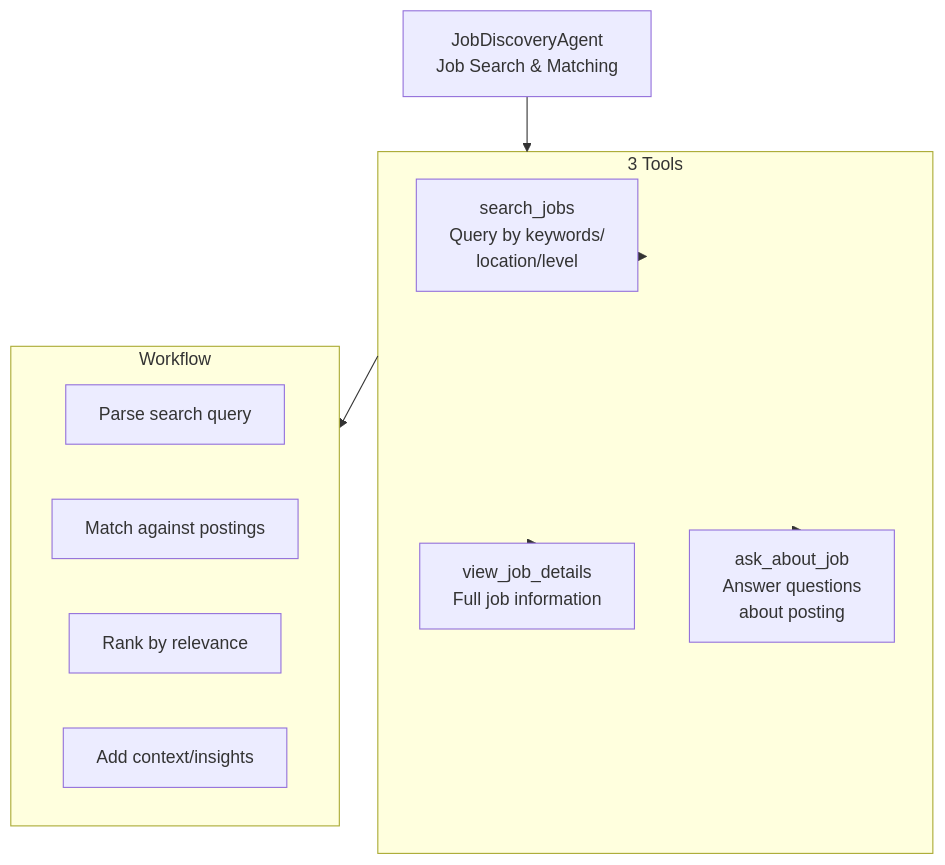
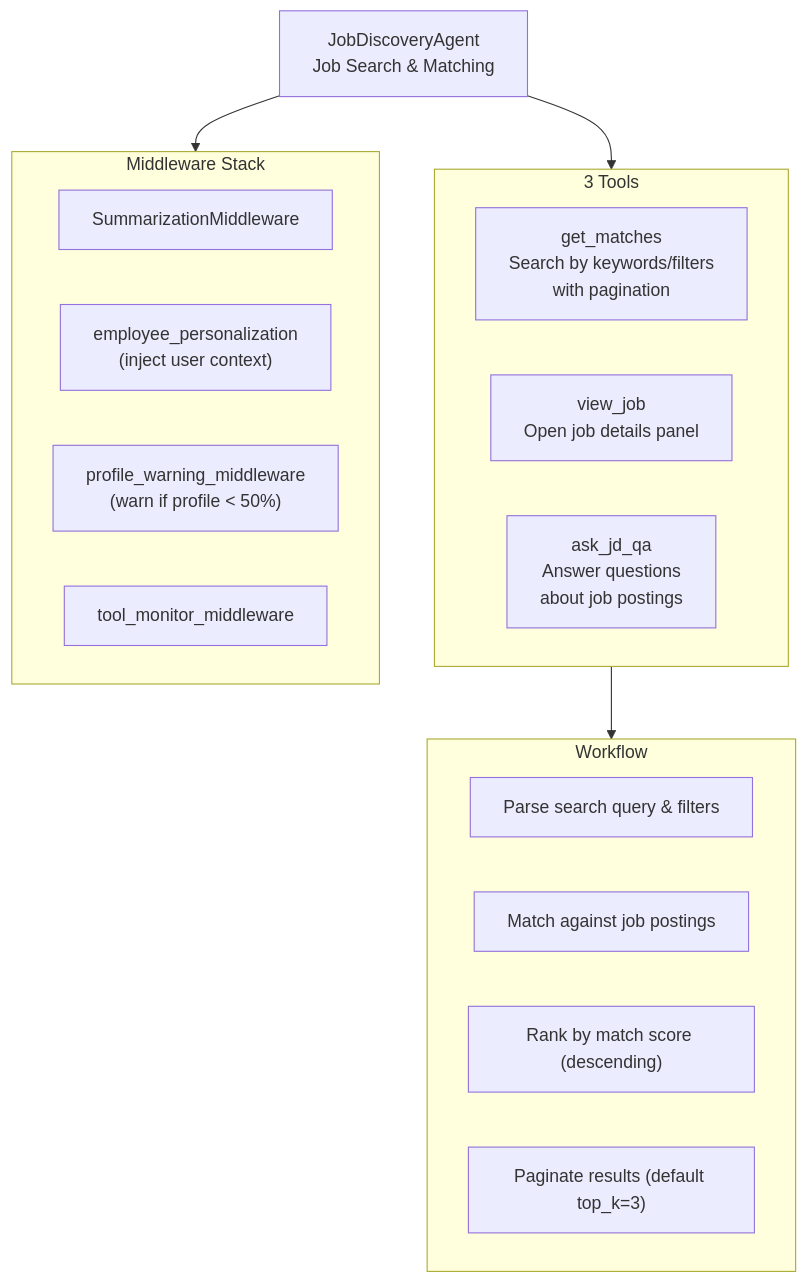
One commit to savipk/autochat changed the third of 6 diagrams in docs/architecture/05-specialist-agents.md. Above: the diagram before and after it, drawn with Mermaid. The commit also changed other lines of this file and 27 other files, not shown here.

Commit message:
modify profile agent

````diff
--- a/docs/architecture/05-specialist-agents.md
+++ b/docs/architecture/05-specialist-agents.md
@@ -132,23 +111,28 @@
 ```mermaid
 graph TB
     JobAgent["JobDiscoveryAgent<br/>Job Search & Matching"]
 
     subgraph Tools3["3 Tools"]
-        search["search_jobs<br/>Query by keywords/<br/>location/level"]
-        details["view_job_details<br/>Full job information"]
-        qa["ask_about_job<br/>Answer questions<br/>about posting"]
+        search["get_matches<br/>Search by keywords/filters<br/>with pagination"]
+        details["view_job<br/>Open job details panel"]
+        qa["ask_jd_qa<br/>Answer questions<br/>about job postings"]
+    end
+
+    subgraph Middleware["Middleware Stack"]
+        MW1["SummarizationMiddleware"]
+        MW2["employee_personalization<br/>(inject user context)"]
+        MW3["profile_warning_middleware<br/>(warn if profile < 50%)"]
+        MW4["tool_monitor_middleware"]
     end
 
     subgraph Process["Workflow"]
-        parse["Parse search query"]
-        match["Match against postings"]
-        rank["Rank by relevance"]
-        annotate["Add context/insights"]
+        parse["Parse search query & filters"]
+        match["Match against job postings"]
+        rank["Rank by match score (descending)"]
+        paginate["Paginate results (default top_k=3)"]
     end
 
     JobAgent --> Tools3
-    Tools3 --> search
-    Tools3 --> details
-    Tools3 --> qa
+    JobAgent --> Middleware
     Tools3 --> Process
 ```
````
